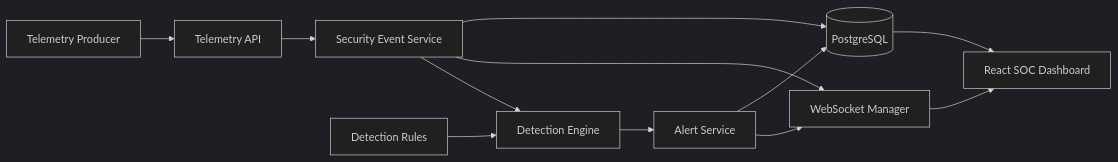
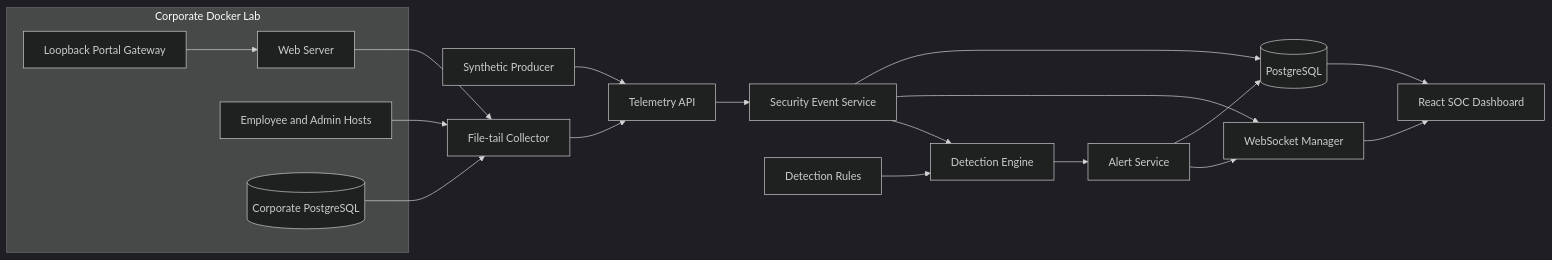
One commit to Mayroskapnos/sentinel-security-platform changed the first of 3 diagrams in docs/architecture.md. Above: the diagram before and after it, drawn with Mermaid (dark theme). The commit also changed other lines of this file and 63 other files, not shown here.

Commit message:
feat: implement isolated corporate security lab

````diff
--- a/docs/architecture.md
+++ b/docs/architecture.md
@@ -7,24 +7,36 @@
 ```mermaid
 flowchart LR
-    Producer[Telemetry Producer]
+    Producer[Synthetic Producer]
+    subgraph Lab[Corporate Docker Lab]
+        Gateway[Loopback Portal Gateway]
+        Web[Web Server]
+        Hosts[Employee and Admin Hosts]
+        LabDB[(Corporate PostgreSQL)]
+    end
+    Collector[File-tail Collector]
     Ingest[Telemetry API]
     Events[Security Event Service]
     DB[(PostgreSQL)]
     Engine[Detection Engine]
     Rules[Detection Rules]
     Alerts[Alert Service]
     WS[WebSocket Manager]
     UI[React SOC Dashboard]
 
     Producer --> Ingest
+    Gateway --> Web
+    Web --> Collector
+    Hosts --> Collector
+    LabDB --> Collector
+    Collector --> Ingest
     Ingest --> Events
     Events --> DB
     Events --> WS
     Events --> Engine
     Rules --> Engine
     Engine --> Alerts
     Alerts --> DB
     Alerts --> WS
     WS --> UI
     DB --> UI
 ```
````
